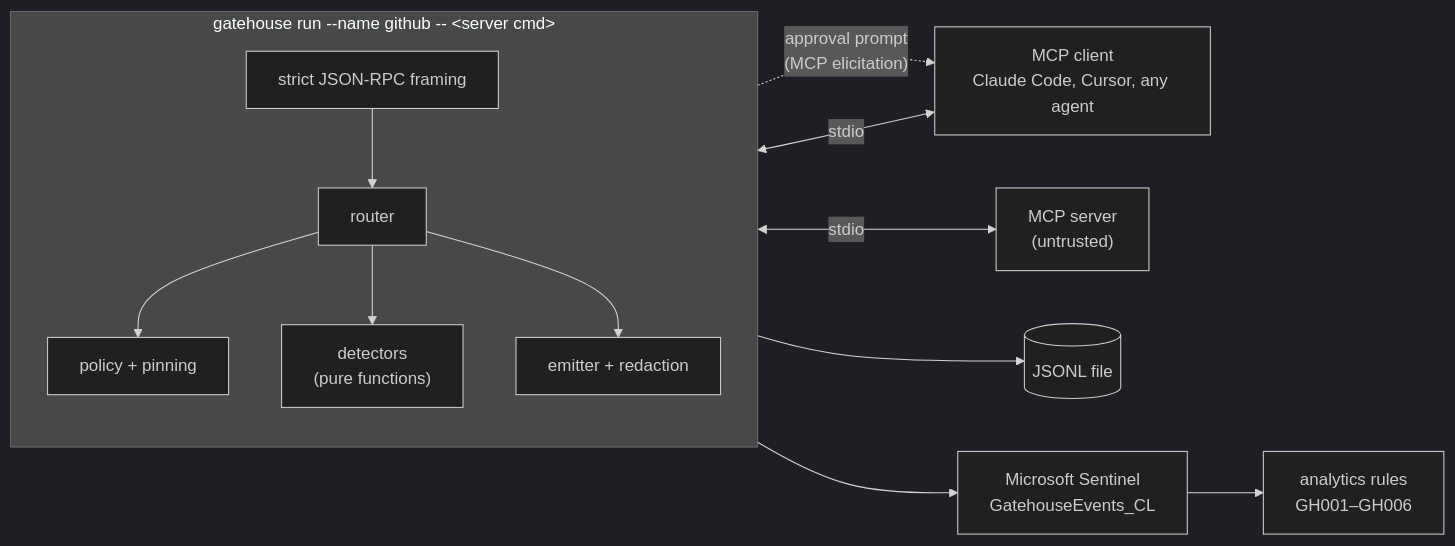
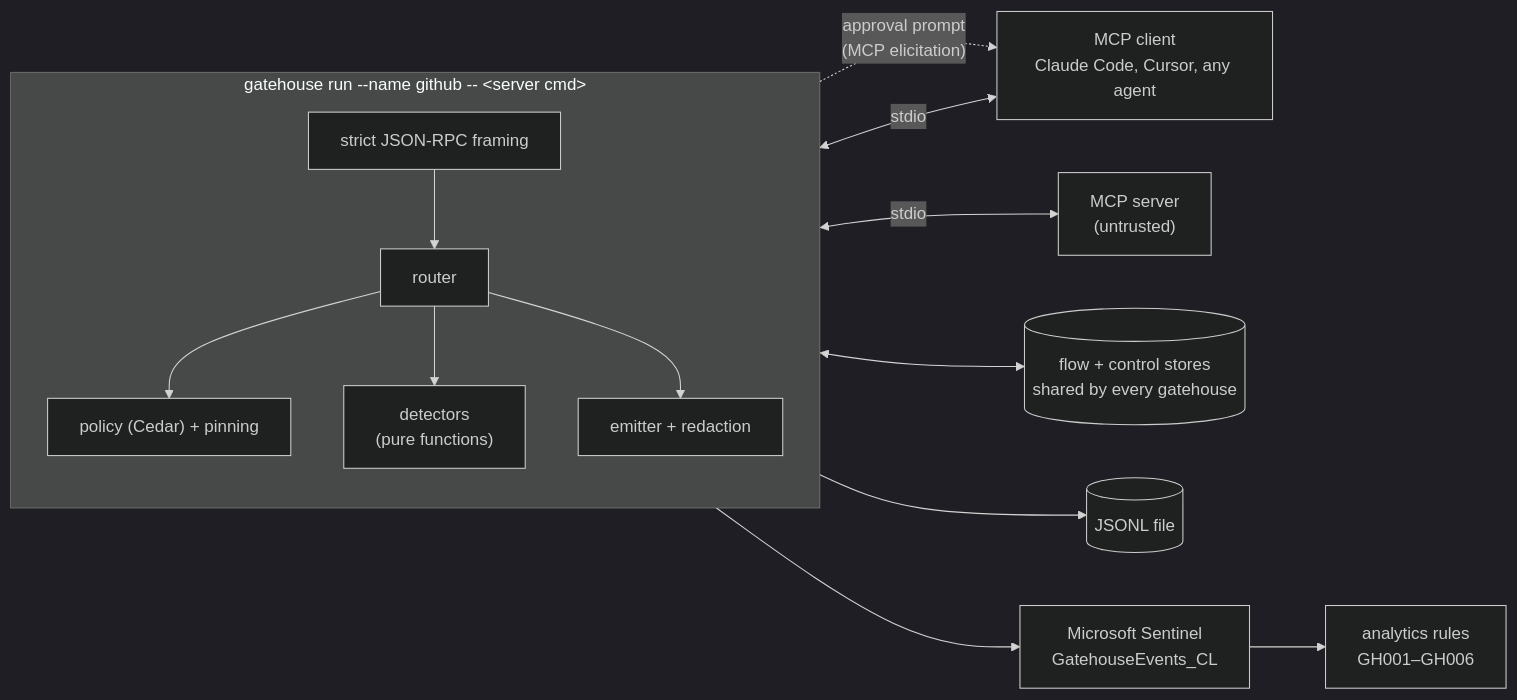
Before and after one commit to danielguillaumont/gatehouse: the diagram in README.md, drawn with Mermaid (dark theme). The commit also changed other lines of this file and 2 other files, not shown here.

Commit message:
M5 results: flow chains, approvals per task and Cedar/flow latency from CI run 46101039038

````diff
--- a/README.md
+++ b/README.md
@@ -61,18 +106,19 @@
 ```mermaid
 flowchart LR
     client["MCP client<br/>Claude Code, Cursor, any agent"]
     server["MCP server<br/>(untrusted)"]
     subgraph gh["gatehouse run --name github -- &lt;server cmd&gt;"]
         direction TB
         framing["strict JSON-RPC framing"] --> router["router"]
-        router --> policy["policy + pinning"]
+        router --> policy["policy (Cedar) + pinning"]
         router --> detectors["detectors<br/>(pure functions)"]
         router --> emitter["emitter + redaction"]
     end
     client <-- "stdio" --> framing
     router <-- "stdio" --> server
     router -. "approval prompt<br/>(MCP elicitation)" .-> client
+    router <--> state[("flow + control stores<br/>shared by every gatehouse")]
     emitter --> jsonl[("JSONL file")]
     emitter --> sentinel["Microsoft Sentinel<br/>GatehouseEvents_CL"]
     sentinel --> rules["analytics rules<br/>GH001–GH006"]
 ```
````
